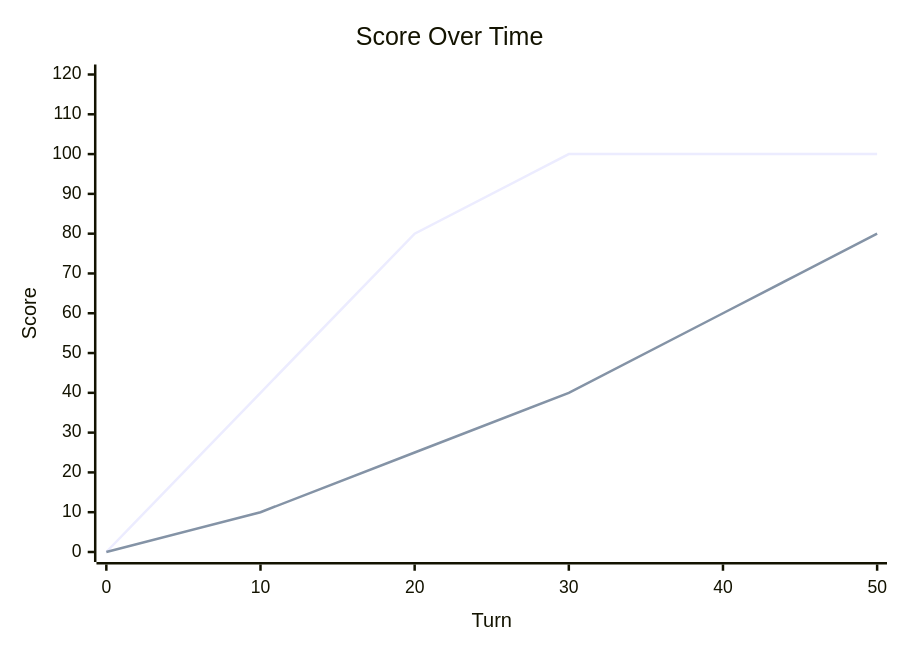
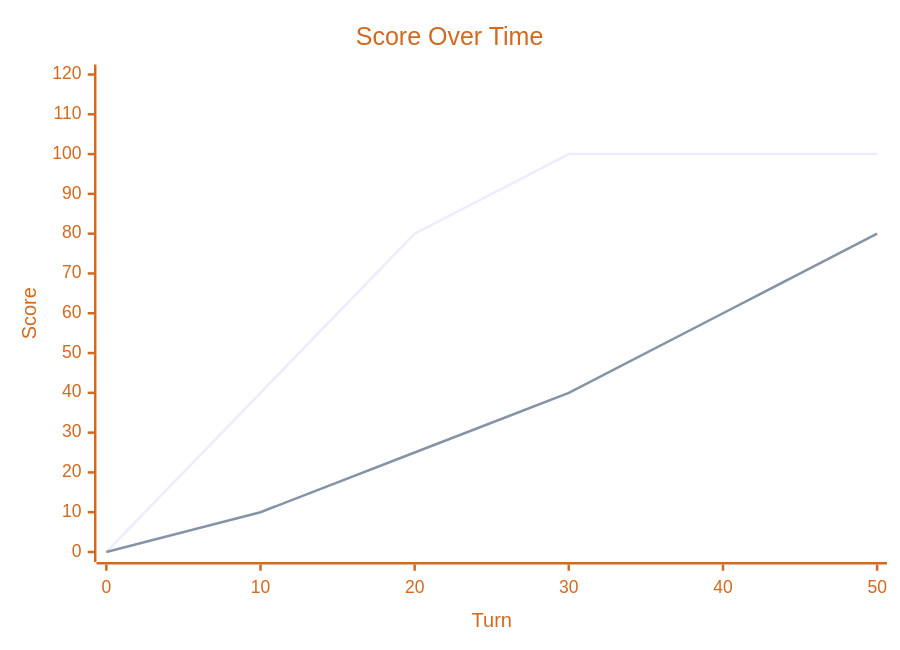
Before and after one commit to robocode-dev/book-of-robocode: the diagram in book/physics/scoring-basics.md, drawn with Mermaid. The commit also changed 3 other files, not shown here.

Commit message:
feat: enhance diagram compatibility guidelines for theme support

````diff
--- a/book/physics/scoring-basics.md
+++ b/book/physics/scoring-basics.md
@@ -51,8 +51,9 @@
 ```mermaid
+%%{init: {'theme': 'base', 'themeVariables': { 'xyChart': { 'backgroundColor': 'transparent', 'xAxisLabelColor': '#d2691e', 'yAxisLabelColor': '#d2691e', 'xAxisTitleColor': '#d2691e', 'yAxisTitleColor': '#d2691e', 'xAxisTickColor': '#d2691e', 'yAxisTickColor': '#d2691e', 'xAxisLineColor': '#d2691e', 'yAxisLineColor': '#d2691e', 'titleColor': '#d2691e' } }}}%%
 xychart-beta
     title "Score Over Time"
 x-axis "Turn" [0, 10, 20, 30, 40, 50]
 y-axis "Score" 0 --> 120
 line "Bot A (dies at 30)" [0, 40, 80, 100, 100, 100]
 line "Bot B (survives)" [0, 10, 25, 40, 60, 80]
 ```
````
